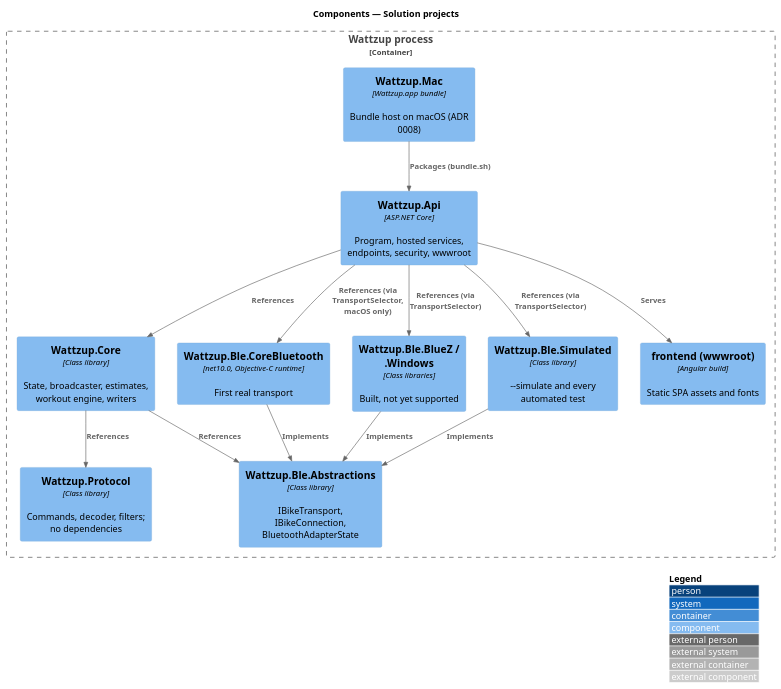
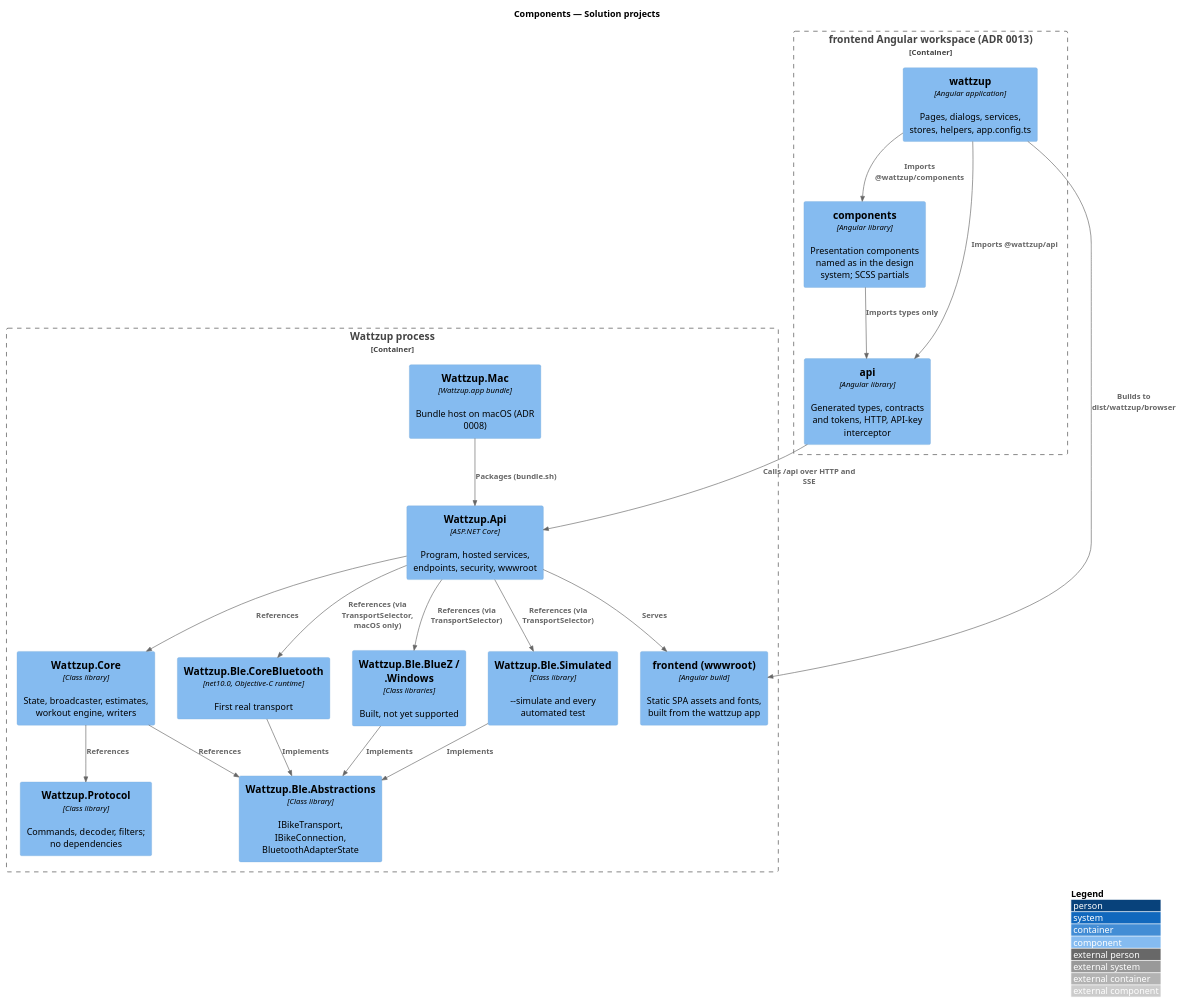
The diagram in docs/detailed-designs/platform/host-and-structure/diagrams/c4-component.puml (QuinntyneBrown/ride-one), drawn with PlantUML before and after one commit. The commit also changed 7 other files, not shown here.

First line of the commit message:
Docs: L2-044 criterion 6, ADR 0013 and the workspace design with its component mapping

```diff
--- a/docs/detailed-designs/platform/host-and-structure/diagrams/c4-component.puml
+++ b/docs/detailed-designs/platform/host-and-structure/diagrams/c4-component.puml
@@ -1,29 +1,40 @@
 @startuml
 !include <C4/C4_Component>
 LAYOUT_WITH_LEGEND()
 title Components — Solution projects
 
 Container_Boundary(proc, "Wattzup process") {
   Component(mac, "Wattzup.Mac", "Wattzup.app bundle", "Bundle host on macOS (ADR 0008)")
   Component(api, "Wattzup.Api", "ASP.NET Core", "Program, hosted services, endpoints, security, wwwroot")
   Component(core, "Wattzup.Core", "Class library", "State, broadcaster, estimates, workout engine, writers")
   Component(proto, "Wattzup.Protocol", "Class library", "Commands, decoder, filters; no dependencies")
   Component(abs, "Wattzup.Ble.Abstractions", "Class library", "IBikeTransport, IBikeConnection, BluetoothAdapterState")
   Component(cb, "Wattzup.Ble.CoreBluetooth", "net10.0, Objective-C runtime", "First real transport")
   Component(plat, "Wattzup.Ble.BlueZ / .Windows", "Class libraries", "Built, not yet supported")
   Component(sim, "Wattzup.Ble.Simulated", "Class library", "~--simulate and every automated test")
-  Component(spa, "frontend (wwwroot)", "Angular build", "Static SPA assets and fonts")
+  Component(spa, "frontend (wwwroot)", "Angular build", "Static SPA assets and fonts, built from the wattzup app")
+}
+
+Container_Boundary(ws, "frontend Angular workspace (ADR 0013)") {
+  Component(app, "wattzup", "Angular application", "Pages, dialogs, services, stores, helpers, app.config.ts")
+  Component(lib, "components", "Angular library", "Presentation components named as in the design system; SCSS partials")
+  Component(apilib, "api", "Angular library", "Generated types, contracts and tokens, HTTP, API-key interceptor")
 }
 
 Rel(mac, api, "Packages (bundle.sh)")
 Rel(api, cb, "References (via TransportSelector, macOS only)")
 Rel(api, core, "References")
 Rel(api, sim, "References (via TransportSelector)")
 Rel(api, plat, "References (via TransportSelector)")
 Rel(api, spa, "Serves")
 Rel(core, proto, "References")
 Rel(core, abs, "References")
 Rel(cb, abs, "Implements")
 Rel(plat, abs, "Implements")
 Rel(sim, abs, "Implements")
+Rel(app, lib, "Imports @wattzup/components")
+Rel(app, apilib, "Imports @wattzup/api")
+Rel(lib, apilib, "Imports types only")
+Rel(app, spa, "Builds to dist/wattzup/browser")
+Rel(apilib, api, "Calls /api over HTTP and SSE")
 @enduml
```
